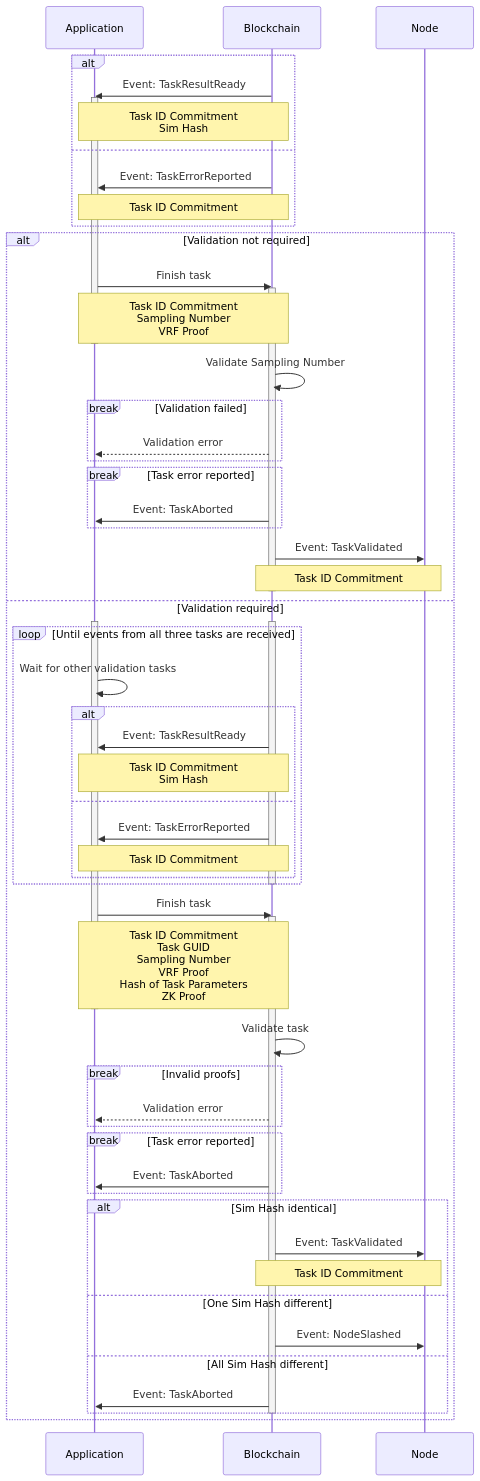
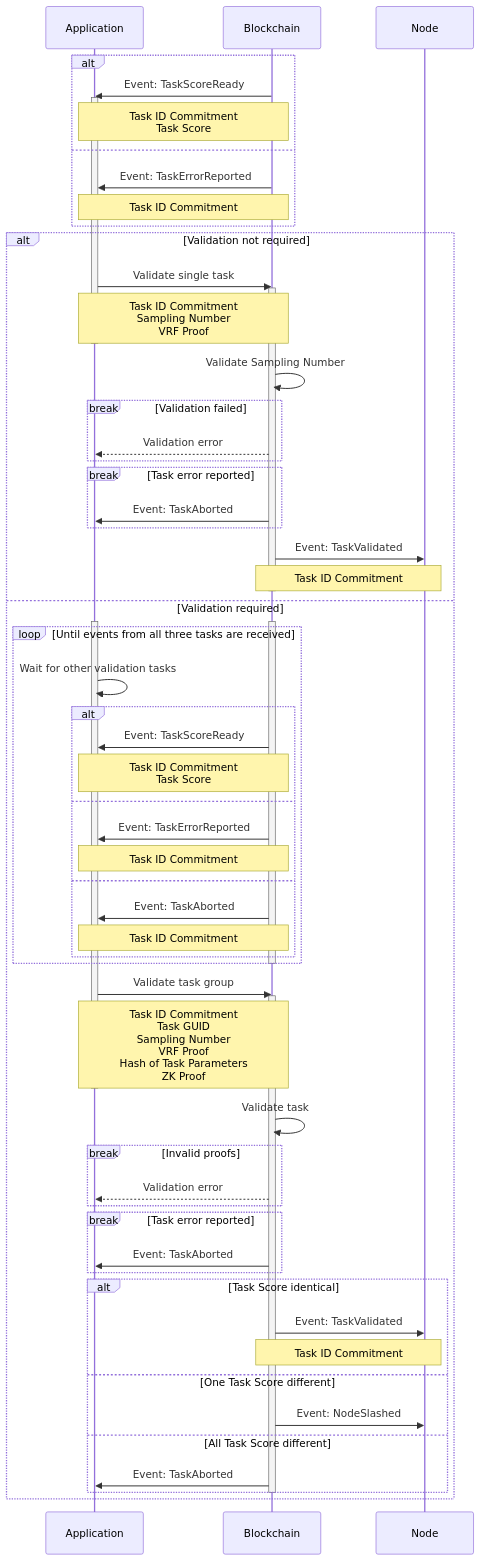
Before and after one commit to crynux-ai/documentation: the fourth of 5 diagrams in gitbook/system-design/task-lifecycle.md, drawn with Mermaid. The commit also changed other lines of this file, not shown here.

````diff
--- a/gitbook/system-design/task-lifecycle.md
+++ b/gitbook/system-design/task-lifecycle.md
@@ -263,74 +278,77 @@
 ```mermaid
 sequenceDiagram
     Participant A as Application
     Participant B as Blockchain
     Participant N as Node
 
     alt
-        B ->> A: Event: TaskResultReady
+        B ->> A: Event: TaskScoreReady
         activate A
-        Note over A,B: Task ID Commitment<br />Sim Hash
+        Note over A,B: Task ID Commitment<br />Task Score
     else
         B ->> A: Event: TaskErrorReported
         Note over A,B: Task ID Commitment
     end
 
     alt Validation not required
-        A ->> B: Finish task
+        A ->> B: Validate single task
         activate B
         Note over A,B: Task ID Commitment<br/>Sampling Number<br/>VRF Proof
         deactivate A
         B ->> B: Validate Sampling Number
         break Validation failed
             B -->> A: Validation error 
         end
         break Task error reported
             B ->> A: Event: TaskAborted
         end
 
         B ->> N: Event: TaskValidated
         Note over B,N: Task ID Commitment
         
         deactivate B
     else Validation required
         activate A
         activate B
 
         loop Until events from all three tasks are received
             A ->> A: Wait for other validation tasks
             alt
-                B ->> A: Event: TaskResultReady
-                Note over A,B: Task ID Commitment<br />Sim Hash
+                B ->> A: Event: TaskScoreReady
+                Note over A,B: Task ID Commitment<br />Task Score
             else
                 B ->> A: Event: TaskErrorReported
+                Note over A,B: Task ID Commitment
+            else
+                B ->> A: Event: TaskAborted
                 Note over A,B: Task ID Commitment
             end            
         end
 
         deactivate B
 
-        A ->> B: Finish task
+        A ->> B: Validate task group
         activate B
         Note over A,B: Task ID Commitment<br/>Task GUID<br/>Sampling Number<br/>VRF Proof<br/>Hash of Task Parameters<br/>ZK Proof
         deactivate A
         B ->> B: Validate task
         break Invalid proofs
             B -->> A: Validation error 
         end
         break Task error reported
             B ->> A: Event: TaskAborted
         end
         
-        alt Sim Hash identical
+        alt Task Score identical
             B ->> N: Event: TaskValidated
             Note over B,N: Task ID Commitment
-        else One Sim Hash different
+        else One Task Score different
             B ->> N: Event: NodeSlashed
-        else All Sim Hash different
+        else All Task Score different
             B ->> A: Event: TaskAborted
         end
 
         deactivate B
     end
     
 ```
````
